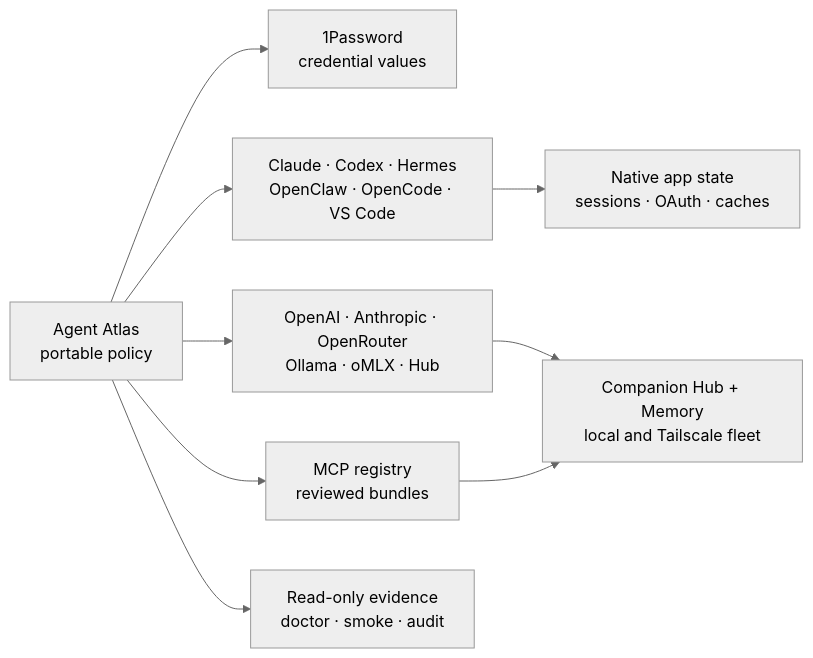
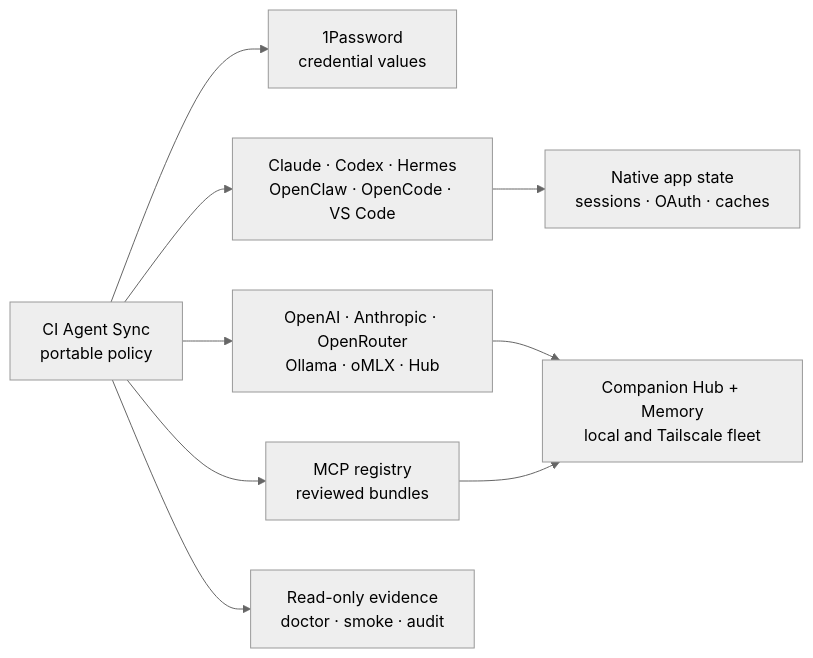
Before and after one commit to companionintelligence/CI-Agent-Sync: the first of 2 diagrams in README.md, drawn with Mermaid (neutral theme). The commit also changed other lines of this file, not shown here.

Commit message:
Rename Agent Atlas to CI Agent Sync in README

````diff
--- a/README.md
+++ b/README.md
@@ -76,11 +76,11 @@
 ```mermaid
 flowchart LR
-  Atlas[Agent Atlas<br/>portable policy] --> Vault[1Password<br/>credential values]
+  Atlas[CI Agent Sync<br/>portable policy] --> Vault[1Password<br/>credential values]
   Atlas --> Harnesses[Claude · Codex · Hermes<br/>OpenClaw · OpenCode · VS Code]
   Atlas --> Providers[OpenAI · Anthropic · OpenRouter<br/>Ollama · oMLX · Hub]
   Atlas --> MCP[MCP registry<br/>reviewed bundles]
   Harnesses --> Runtime[Native app state<br/>sessions · OAuth · caches]
   Providers --> Hub[Companion Hub + Memory<br/>local and Tailscale fleet]
   MCP --> Hub
   Atlas --> Checks[Read-only evidence<br/>doctor · smoke · audit]
 ```
````
